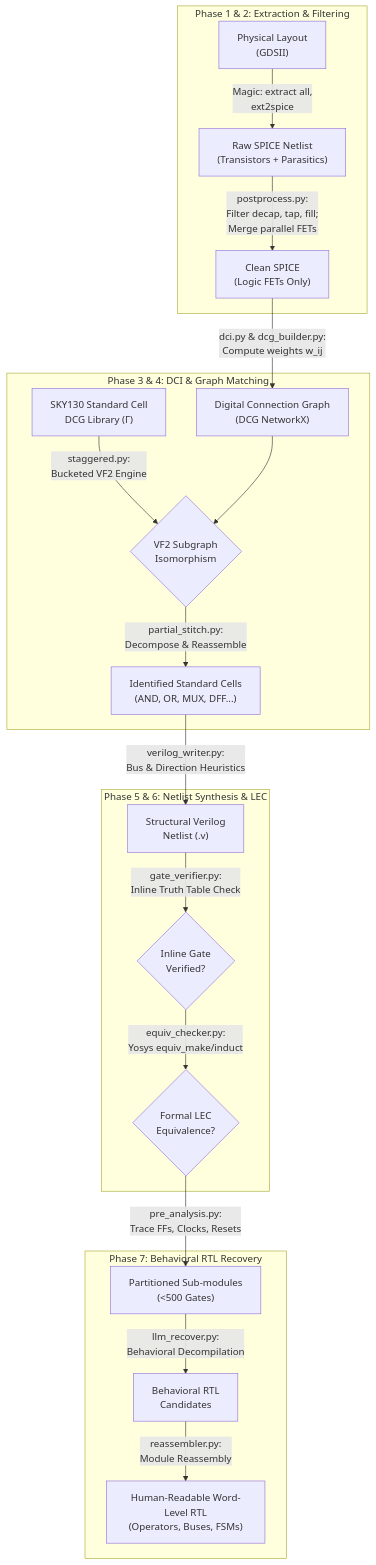
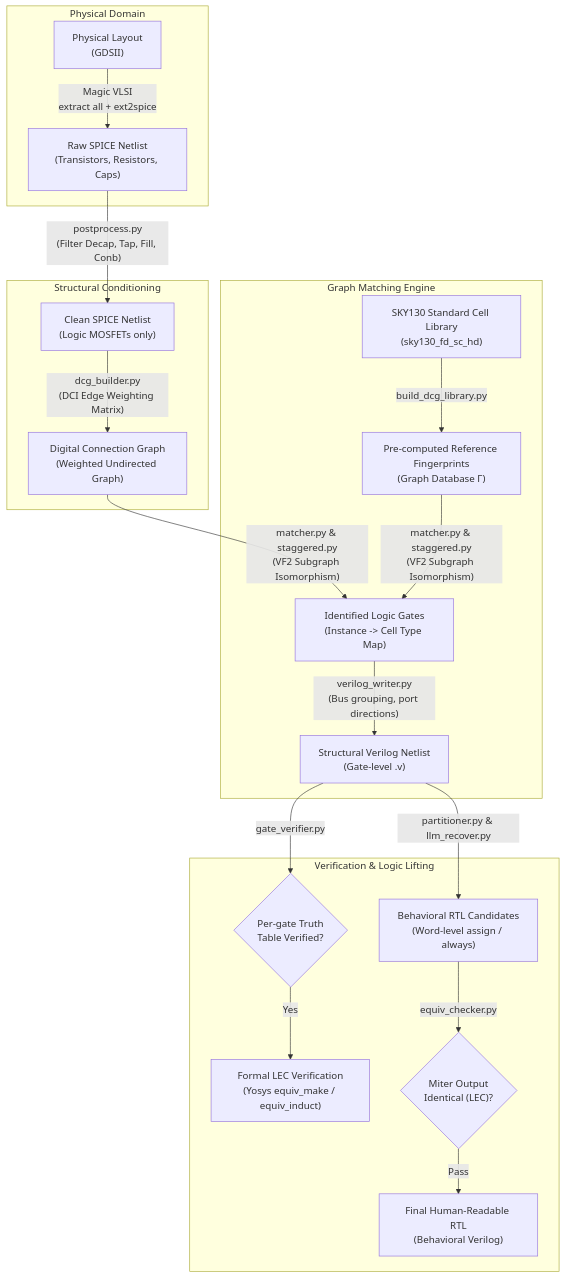
One commit to SanjayKrishna2005/Reverse-Engineer-an-AISC-Jane-Street-Challenge changed the third of 3 diagrams in README.md. Above: the diagram before and after it, drawn with Mermaid. The commit also changed other lines of this file and 52 other files, not shown here.

````diff
--- a/README.md
+++ b/README.md
@@ -209,26 +147,25 @@
 ```mermaid
-graph TD
-    subgraph "Phase 1 & 2: Extraction & Filtering"
-        GDS["Physical Layout\n(GDSII)"] -->|"Magic: extract all,\next2spice"| RAW_SPICE["Raw SPICE Netlist\n(Transistors + Parasitics)"]
-        RAW_SPICE -->|"postprocess.py:\nFilter decap, tap, fill;\nMerge parallel FETs"| CLEAN_SPICE["Clean SPICE\n(Logic FETs Only)"]
+flowchart TD
+    subgraph Physical Domain
+        GDS["Physical Layout\n(GDSII)"] -->|"Magic VLSI\nextract all + ext2spice"| SPICE["Raw SPICE Netlist\n(Transistors, Resistors, Caps)"]
     end
 
-    subgraph "Phase 3 & 4: DCI & Graph Matching"
-        CLEAN_SPICE -->|"dci.py & dcg_builder.py:\nCompute weights w_ij"| DCG["Digital Connection Graph\n(DCG NetworkX)"]
-        LIB["SKY130 Standard Cell\nDCG Library (Γ)"] -->|"staggered.py:\nBucketed VF2 Engine"| VF2{"VF2 Subgraph\nIsomorphism"}
-        DCG --> VF2
-        VF2 -->|"partial_stitch.py:\nDecompose & Reassemble"| GATES["Identified Standard Cells\n(AND, OR, MUX, DFF...)"]
+    subgraph Structural Conditioning
+        SPICE -->|"postprocess.py\n(Filter Decap, Tap, Fill, Conb)"| CLEAN["Clean SPICE Netlist\n(Logic MOSFETs only)"]
+        CLEAN -->|"dcg_builder.py\n(DCI Edge Weighting Matrix)"| DCG["Digital Connection Graph\n(Weighted Undirected Graph)"]
     end
 
-    subgraph "Phase 5 & 6: Netlist Synthesis & LEC"
-        GATES -->|"verilog_writer.py:\nBus & Direction Heuristics"| STRUCT_V["Structural Verilog\nNetlist (.v)"]
-        STRUCT_V -->|"gate_verifier.py:\nInline Truth Table Check"| GATE_CHECK{"Inline Gate\nVerified?"}
-        GATE_CHECK -->|"equiv_checker.py:\nYosys equiv_make/induct"| LEC_CHECK{"Formal LEC\nEquivalence?"}
+    subgraph Graph Matching Engine
+        PDK["SKY130 Standard Cell Library\n(sky130_fd_sc_hd)"] -->|"build_dcg_library.py"| LIB["Pre-computed Reference Fingerprints\n(Graph Database Γ)"]
+        DCG & LIB -->|"matcher.py & staggered.py\n(VF2 Subgraph Isomorphism)"| GATES["Identified Logic Gates\n(Instance -> Cell Type Map)"]
+        GATES -->|"verilog_writer.py\n(Bus grouping, port directions)"| V_STRUCT["Structural Verilog Netlist\n(Gate-level .v)"]
     end
 
-    subgraph "Phase 7: Behavioral RTL Recovery"
-        LEC_CHECK -->|"pre_analysis.py:\nTrace FFs, Clocks, Resets"| CHUNKS["Partitioned Sub-modules\n(<500 Gates)"]
-        CHUNKS -->|"llm_recover.py:\nBehavioral Decompilation"| BEHAV_RTL["Behavioral RTL\nCandidates"]
-        BEHAV_RTL -->|"reassembler.py:\nModule Reassembly"| FINAL_RTL["Human-Readable Word-Level RTL\n(Operators, Buses, FSMs)"]
+    subgraph Verification & Logic Lifting
+        V_STRUCT -->|"gate_verifier.py"| TT_CHECK{"Per-gate Truth\nTable Verified?"}
+        TT_CHECK -->|"Yes"| YOSYS_LEC["Formal LEC Verification\n(Yosys equiv_make / equiv_induct)"]
+        V_STRUCT -->|"partitioner.py & llm_recover.py"| RTL_CAND["Behavioral RTL Candidates\n(Word-level assign / always)"]
+        RTL_CAND -->|"equiv_checker.py"| LEC_CHECK{"Miter Output\nIdentical (LEC)?"}
+        LEC_CHECK -->|"Pass"| FINAL_RTL["Final Human-Readable RTL\n(Behavioral Verilog)"]
     end
 ```
````
